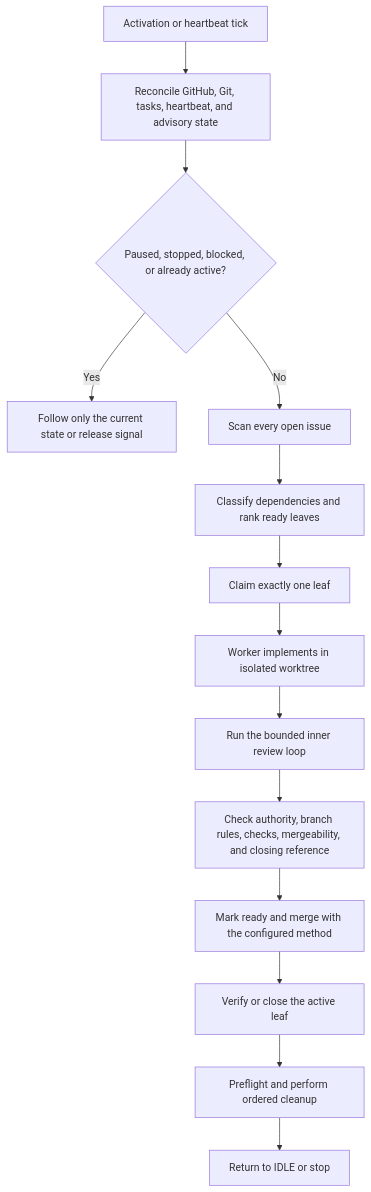
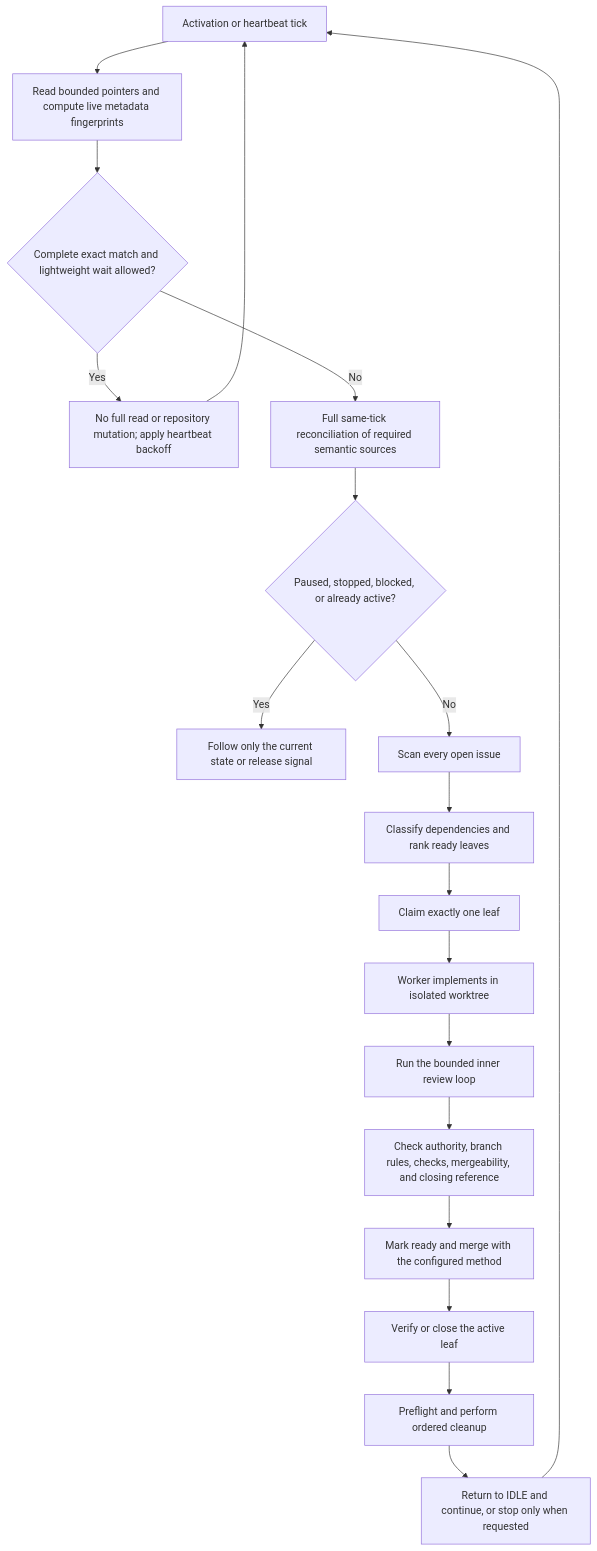
One commit to ythdelmar68/roundlet changed the second of 3 diagrams in README.md. Above: the diagram before and after it, drawn with Mermaid. The commit also changed other lines of this file and 5 other files, not shown here.

First line of the commit message:
feat(roundlet): reduce idle heartbeat context

````diff
--- a/README.md
+++ b/README.md
@@ -37,16 +37,21 @@
 ```mermaid
 flowchart TD
-    Tick["Activation or heartbeat tick"] --> Reconcile["Reconcile GitHub, Git, tasks, heartbeat, and advisory state"]
+    Tick["Activation or heartbeat tick"] --> Observe["Read bounded pointers and compute live metadata fingerprints"]
+    Observe --> Same{"Complete exact match and lightweight wait allowed?"}
+    Same -- Yes --> Noop["No full read or repository mutation; apply heartbeat backoff"]
+    Noop --> Tick
+    Same -- No --> Reconcile["Full same-tick reconciliation of required semantic sources"]
     Reconcile --> Blocked{"Paused, stopped, blocked, or already active?"}
     Blocked -- Yes --> Follow["Follow only the current state or release signal"]
     Blocked -- No --> Scan["Scan every open issue"]
     Scan --> Rank["Classify dependencies and rank ready leaves"]
     Rank --> Claim["Claim exactly one leaf"]
     Claim --> Implement["Worker implements in isolated worktree"]
     Implement --> Review["Run the bounded inner review loop"]
     Review --> Gates["Check authority, branch rules, checks, mergeability, and closing reference"]
     Gates --> Merge["Mark ready and merge with the configured method"]
     Merge --> Close["Verify or close the active leaf"]
     Close --> Cleanup["Preflight and perform ordered cleanup"]
-    Cleanup --> Idle["Return to IDLE or stop"]
+    Cleanup --> Idle["Return to IDLE and continue, or stop only when requested"]
+    Idle --> Tick
 ```
````
